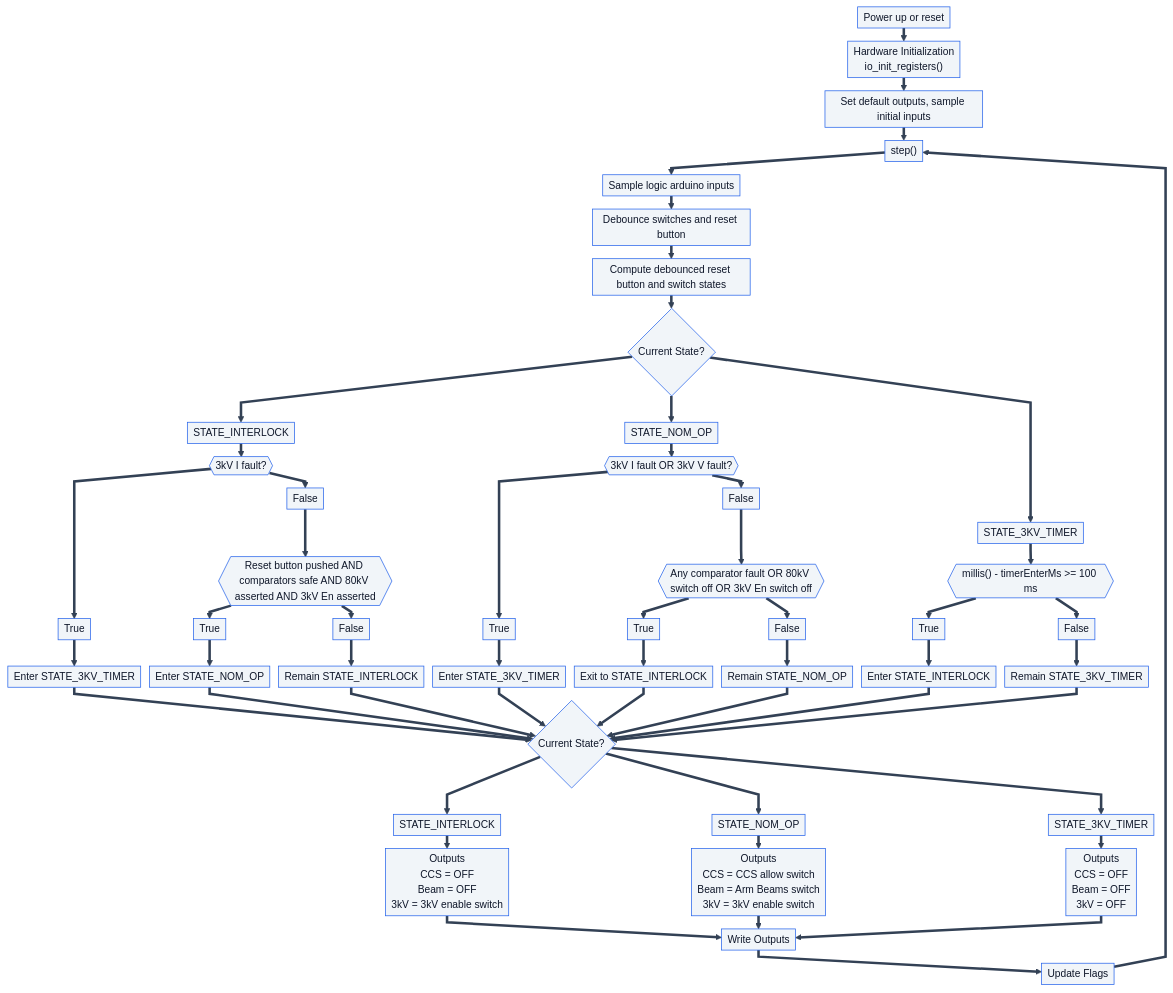
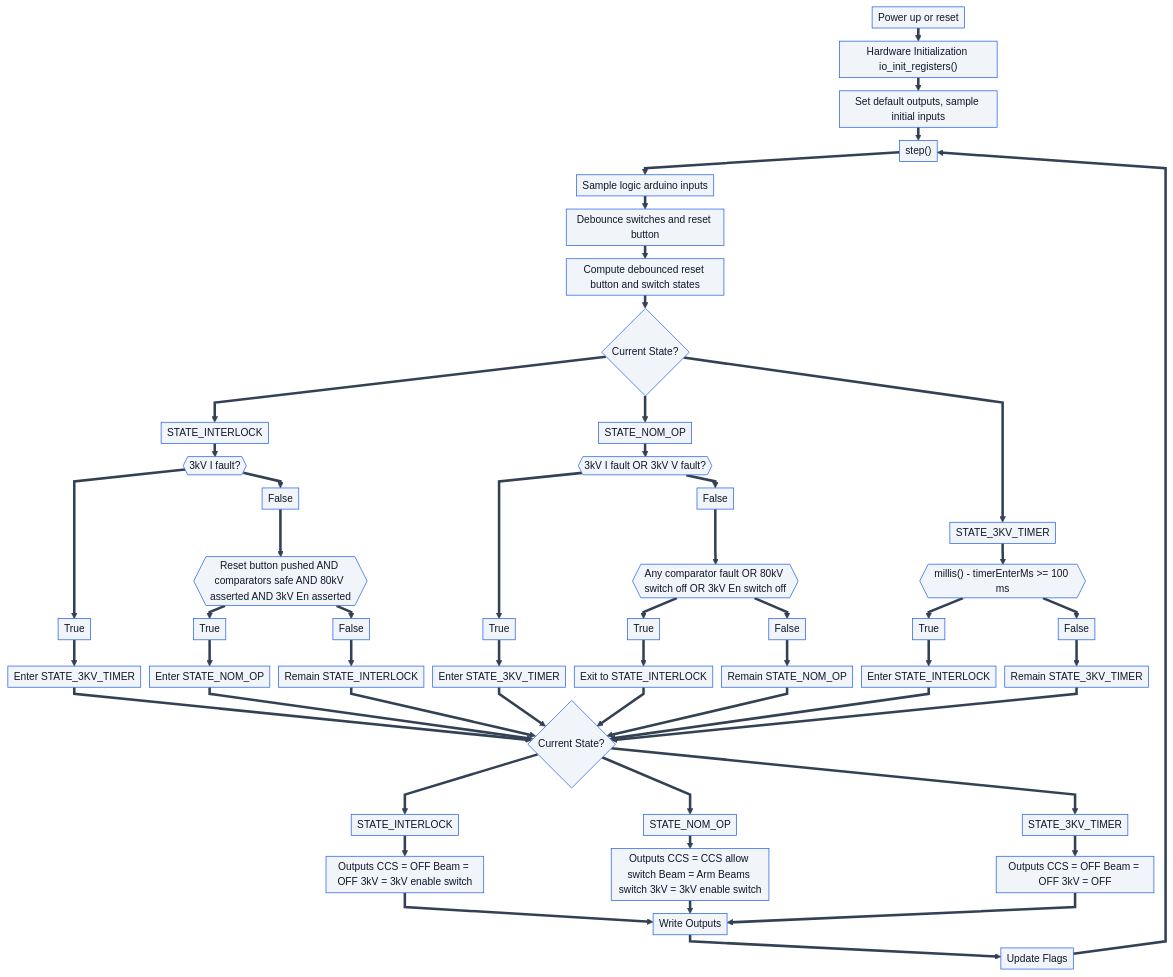
One commit to uw-loci/knob-box changed the diagram in README.md. Above: the diagram before and after it, drawn with Mermaid.

Commit message:
mermaid fix

```diff
--- a/README.md
+++ b/README.md
@@ -327,7 +327,7 @@
 
 flowchart TD
     START[Power up or reset]
-    START ==> INIT["Hardware Initialization\nio_init_registers()"]
+    START ==> INIT["Hardware Initialization io_init_registers()"]
     INIT ==> DEFAULT["Set default outputs, sample initial inputs"]
     DEFAULT ==> LOOP["step()"]
 
@@ -387,9 +387,9 @@
     OUT_STATE ===> OUT_NOMOP_STATE[STATE_NOM_OP]
     OUT_STATE ===> OUT_TIMER_STATE[STATE_3KV_TIMER]
 
-    OUT_INTERLOCK_STATE ==> OUT_INTERLOCK[Outputs\nCCS = OFF\nBeam = OFF\n3kV = 3kV enable switch]
-    OUT_NOMOP_STATE ==> OUT_NOMOP[Outputs\nCCS = CCS allow switch\nBeam = Arm Beams switch\n3kV = 3kV enable switch]
-    OUT_TIMER_STATE ==> OUT_TIMER[Outputs\nCCS = OFF\nBeam = OFF\n3kV = OFF]
+    OUT_INTERLOCK_STATE ==> OUT_INTERLOCK[Outputs CCS = OFF Beam = OFF 3kV = 3kV enable switch]
+    OUT_NOMOP_STATE ==> OUT_NOMOP[Outputs CCS = CCS allow switch Beam = Arm Beams switch 3kV = 3kV enable switch]
+    OUT_TIMER_STATE ==> OUT_TIMER[Outputs CCS = OFF Beam = OFF 3kV = OFF]
 
     OUT_INTERLOCK ==> WRITE_OUTPUTS[Write Outputs]
     OUT_NOMOP ==> WRITE_OUTPUTS
```
